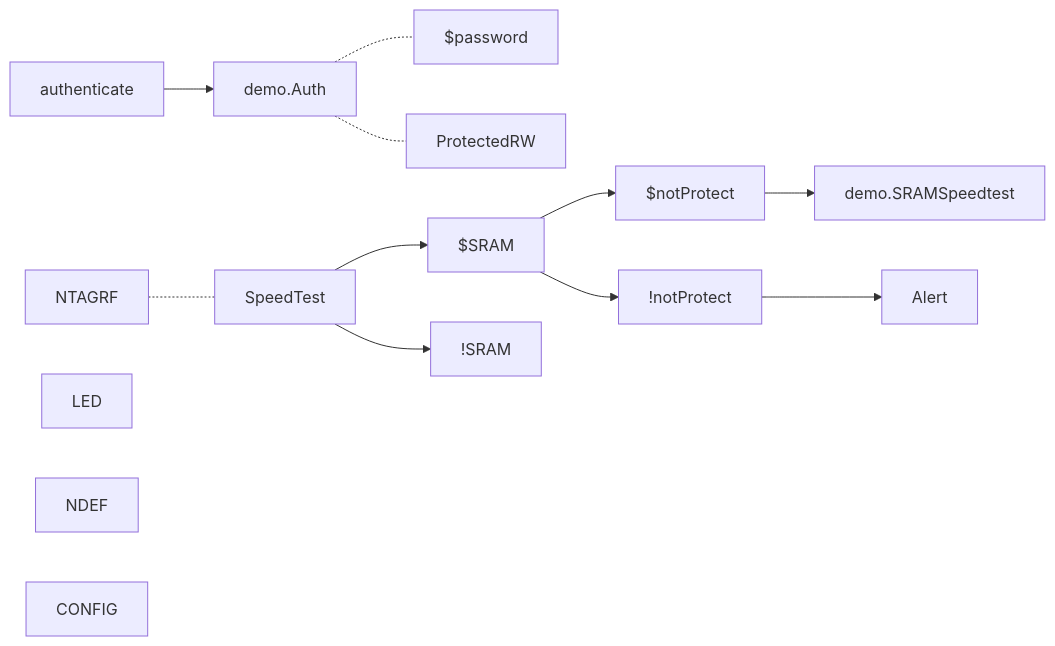
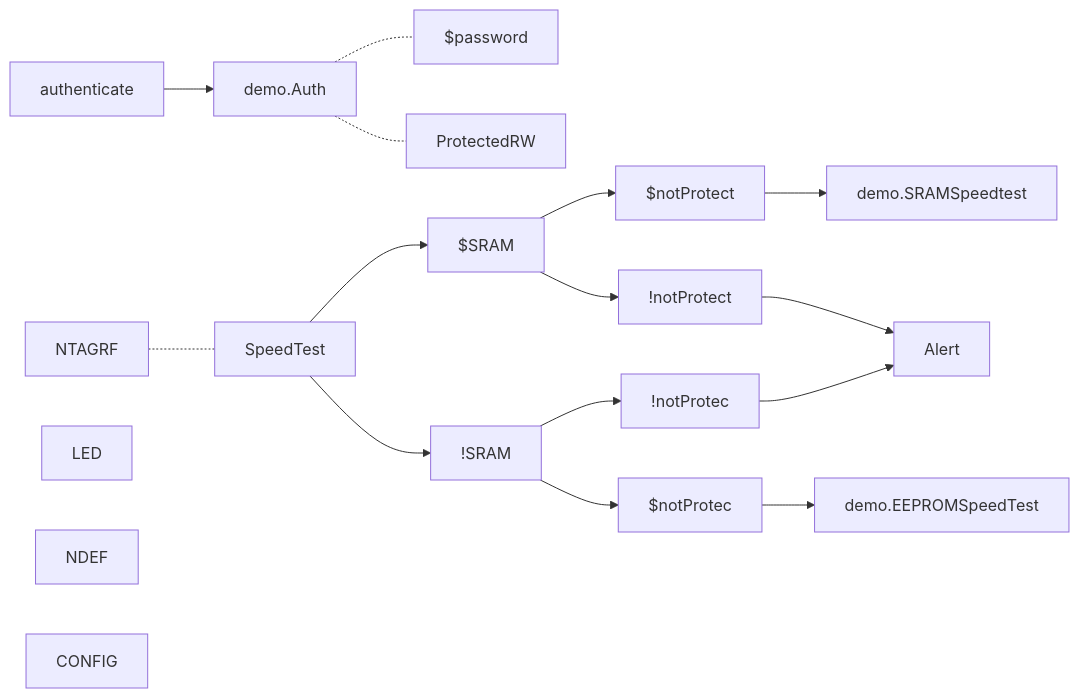
Before and after one commit to gordianknotC/nxp_note: the fifth of 5 diagrams in nxp/MainActivity.md, drawn with Mermaid. The commit also changed other lines of this file, not shown here.

Commit message:
nxp/MainActivity.md updated from https://stackedit.io/

````diff
--- a/nxp/MainActivity.md
+++ b/nxp/MainActivity.md
@@ -56,18 +56,21 @@
 ```mermaid
 graph LR
 authenticate --> demo.Auth
 demo.Auth -.- $password
 demo.Auth -.- ProtectedRW
 NTAGRF -.- SpeedTest
 SpeedTest --> $SRAM
 SpeedTest --> !SRAM
 $SRAM --> $notProtect
 $SRAM --> !notProtect
 $notProtect--> demo.SRAMSpeedtest
 !notProtect--> Alert
-!SRAM 
+!SRAM --> $notProtec
+!SRAM --> !notProtec
+$notProtec --> demo.EEPROMSpeedTest
+!notProtec --> Alert
 
 LED
 NDEF
 CONFIG
 ```
````
